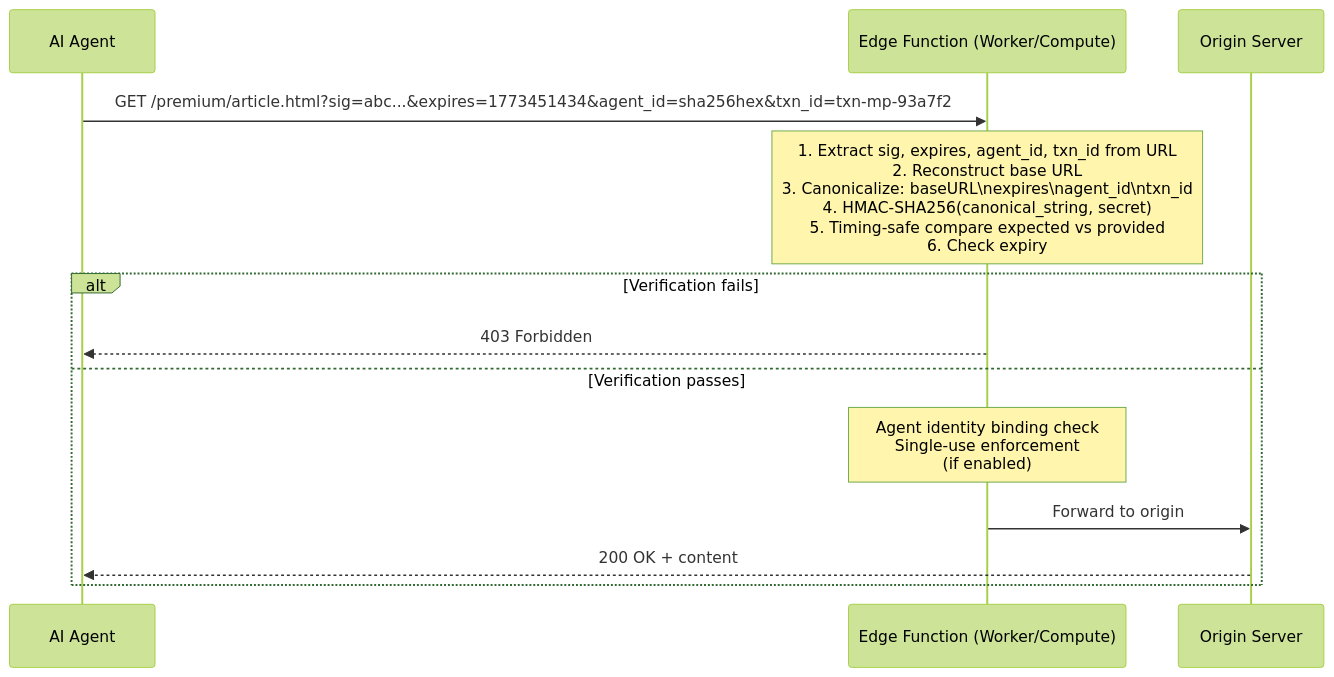
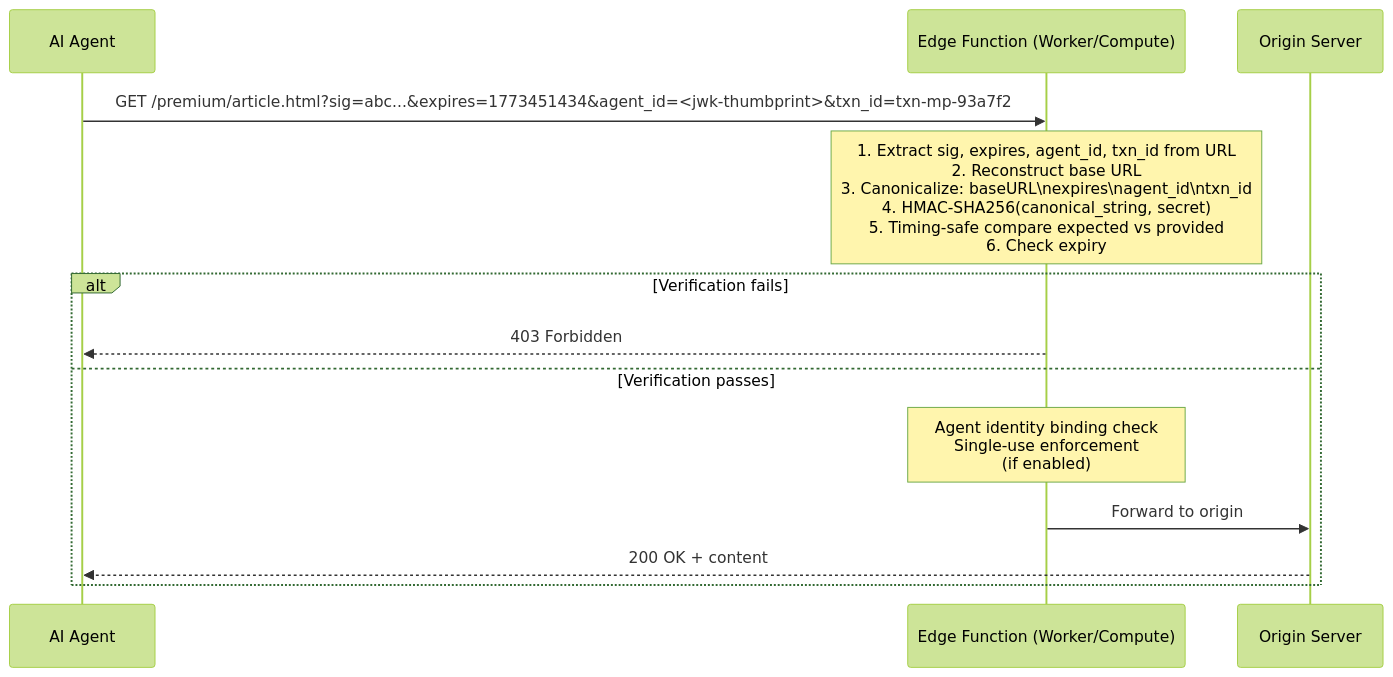
The second of 5 diagrams in website/src/content/docs/components/edge-function/signed-url-verification.mdx (RAMP-Protocol/protocol), drawn with Mermaid (forest theme) before and after one commit. The commit also changed other lines of this file and 17 other files, not shown here.

````diff
--- a/website/src/content/docs/components/edge-function/signed-url-verification.mdx
+++ b/website/src/content/docs/components/edge-function/signed-url-verification.mdx
@@ -45,18 +45,18 @@
 ```mermaid
 sequenceDiagram
     participant Agent as AI Agent
     participant Edge as Edge Function (Worker/Compute)
     participant Origin as Origin Server
 
-    Agent->>Edge: GET /premium/article.html?sig=abc...&expires=1773451434&agent_id=sha256hex&txn_id=txn-mp-93a7f2
+    Agent->>Edge: GET /premium/article.html?sig=abc...&expires=1773451434&agent_id=<jwk-thumbprint>&txn_id=txn-mp-93a7f2
 
     Note over Edge: 1. Extract sig, expires, agent_id, txn_id from URL<br/>2. Reconstruct base URL<br/>3. Canonicalize: baseURL\nexpires\nagent_id\ntxn_id<br/>4. HMAC-SHA256(canonical_string, secret)<br/>5. Timing-safe compare expected vs provided<br/>6. Check expiry
 
     alt Verification fails
         Edge-->>Agent: 403 Forbidden
     else Verification passes
         Note over Edge: Agent identity binding check<br/>Single-use enforcement<br/>(if enabled)
         Edge->>Origin: Forward to origin
         Origin-->>Agent: 200 OK + content
     end
 ```
````
